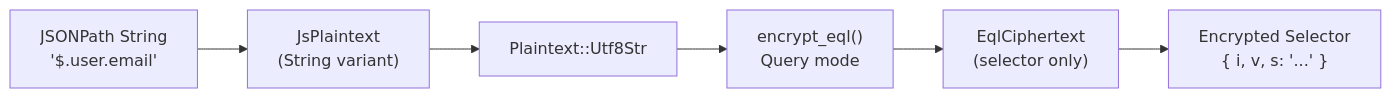
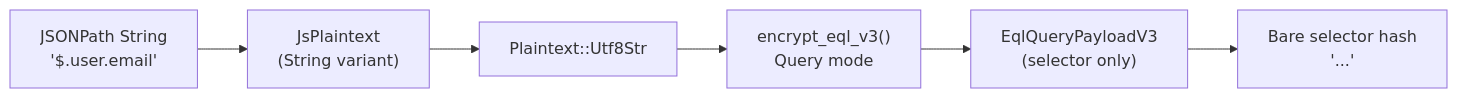
The third of 4 diagrams in docs/jsonb-integration.md (cipherstash/protectjs-ffi), drawn with Mermaid before and after one commit. The commit also changed other lines of this file and 29 other files, not shown here.

````diff
--- a/docs/jsonb-integration.md
+++ b/docs/jsonb-integration.md
@@ -70,8 +70,8 @@
 ```mermaid
 flowchart LR
     IN["JSONPath String<br/>'$.user.email'"] --> JP["JsPlaintext<br/>(String variant)"]
     JP --> PT["Plaintext::Utf8Str"]
-    PT --> EE["encrypt_eql()<br/>Query mode"]
-    EE --> EC["EqlCiphertext<br/>(selector only)"]
-    EC --> OUT["Encrypted Selector<br/>{ i, v, s: '...' }"]
+    PT --> EE["encrypt_eql_v3()<br/>Query mode"]
+    EE --> EC["EqlQueryPayloadV3<br/>(selector only)"]
+    EC --> OUT["Bare selector hash<br/>'...'"]
 ```
````
